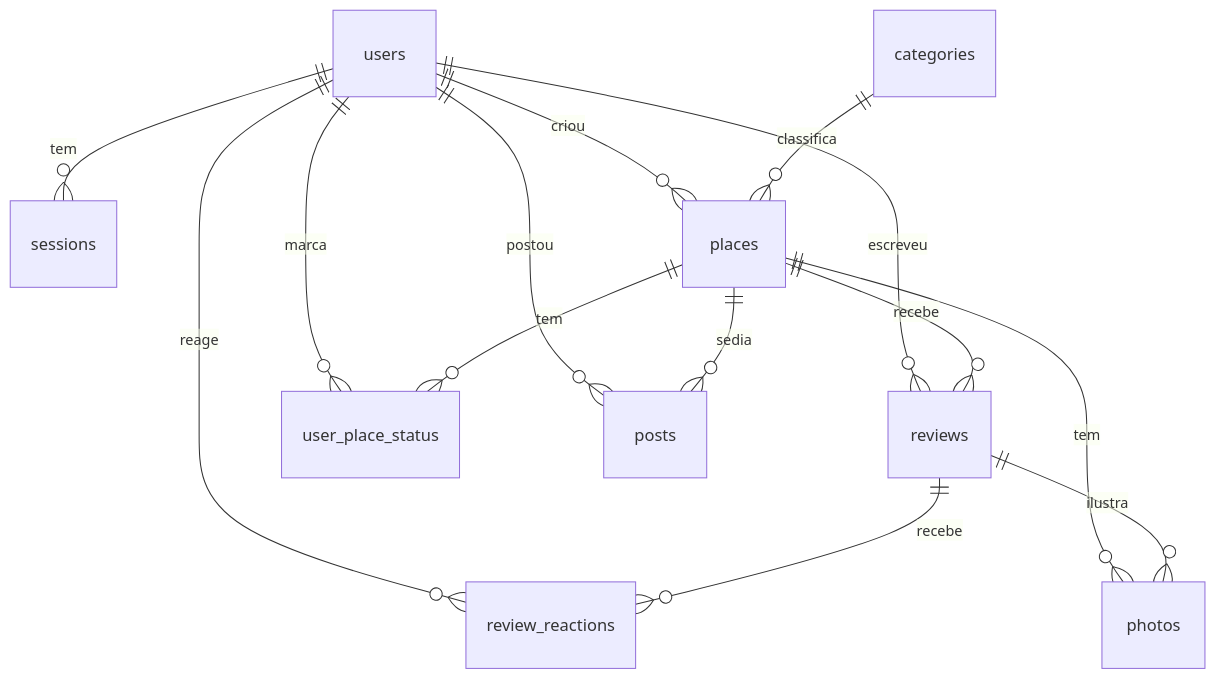
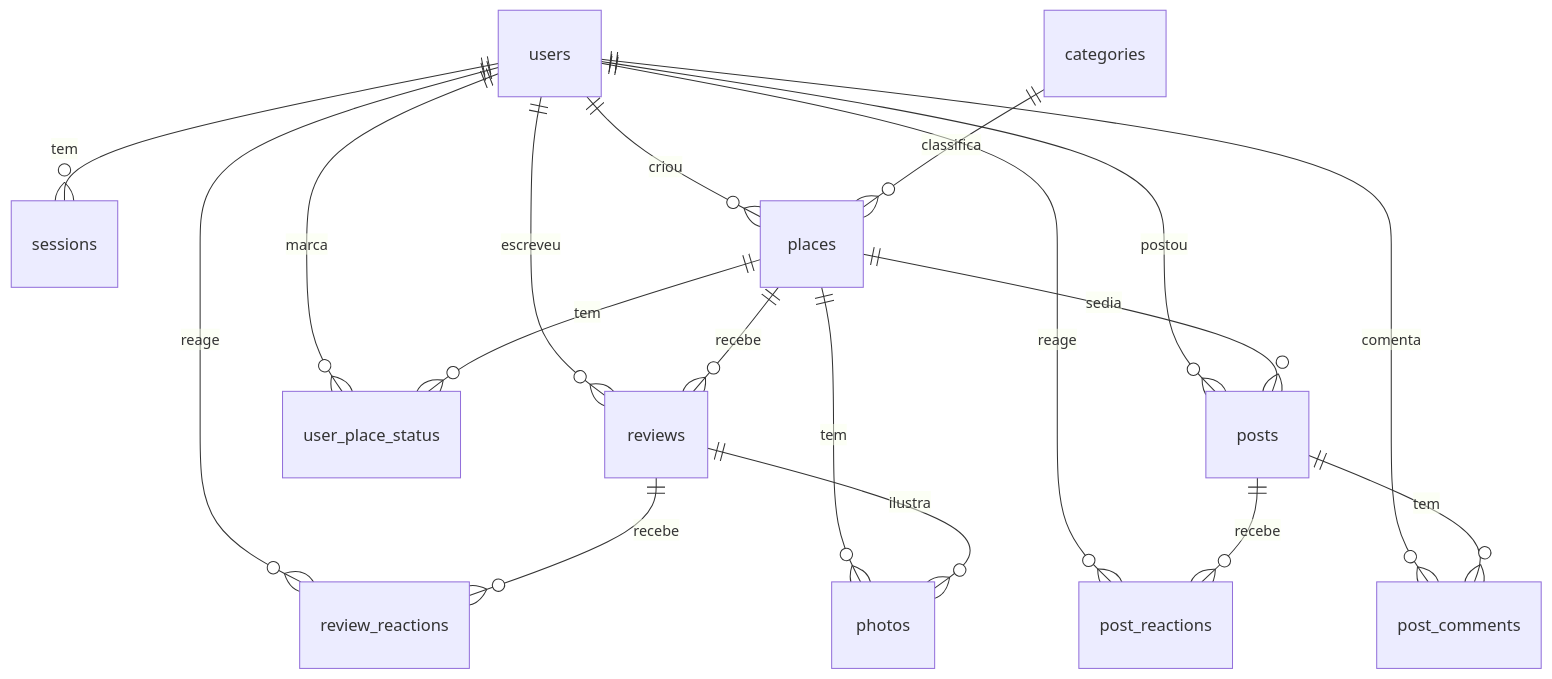
One commit to isaqueks/eonarga changed the diagram in docs/03-modelo-de-dados.md. Above: the diagram before and after it, drawn with Mermaid. The commit also changed other lines of this file and 18 other files, not shown here.

````diff
--- a/docs/03-modelo-de-dados.md
+++ b/docs/03-modelo-de-dados.md
@@ -7,16 +7,20 @@
 ```mermaid
 erDiagram
   users ||--o{ sessions : tem
   users ||--o{ places : criou
   users ||--o{ reviews : escreveu
   users ||--o{ user_place_status : marca
   users ||--o{ review_reactions : reage
   categories ||--o{ places : classifica
   places ||--o{ reviews : recebe
   places ||--o{ user_place_status : tem
   places ||--o{ photos : tem
   reviews ||--o{ review_reactions : recebe
   reviews ||--o{ photos : ilustra
   users ||--o{ posts : postou
   places ||--o{ posts : sedia
+  users ||--o{ post_reactions : reage
+  posts ||--o{ post_reactions : recebe
+  users ||--o{ post_comments : comenta
+  posts ||--o{ post_comments : tem
 ```
````
